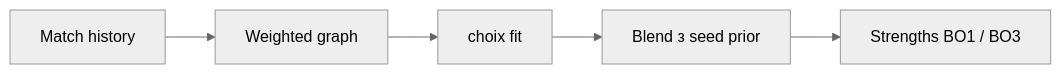
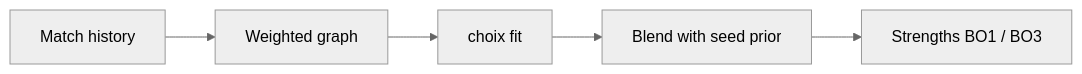
Before and after one commit to Krabaton/CS2-Pick-Em-Predictor-Intel-Extreme-Masters-Krakow-2026: the second of 3 diagrams in MODEL.md, drawn with Mermaid (neutral theme). The commit also changed other lines of this file and 4 other files, not shown here.

````diff
--- a/MODEL.md
+++ b/MODEL.md
@@ -38,7 +40,7 @@
 ```mermaid
 flowchart LR
     M[Match history] --> W[Weighted graph]
     W --> F[choix fit]
-    F --> B[Blend з seed prior]
+    F --> B[Blend with seed prior]
     B --> S[Strengths BO1 / BO3]
 ```
````
